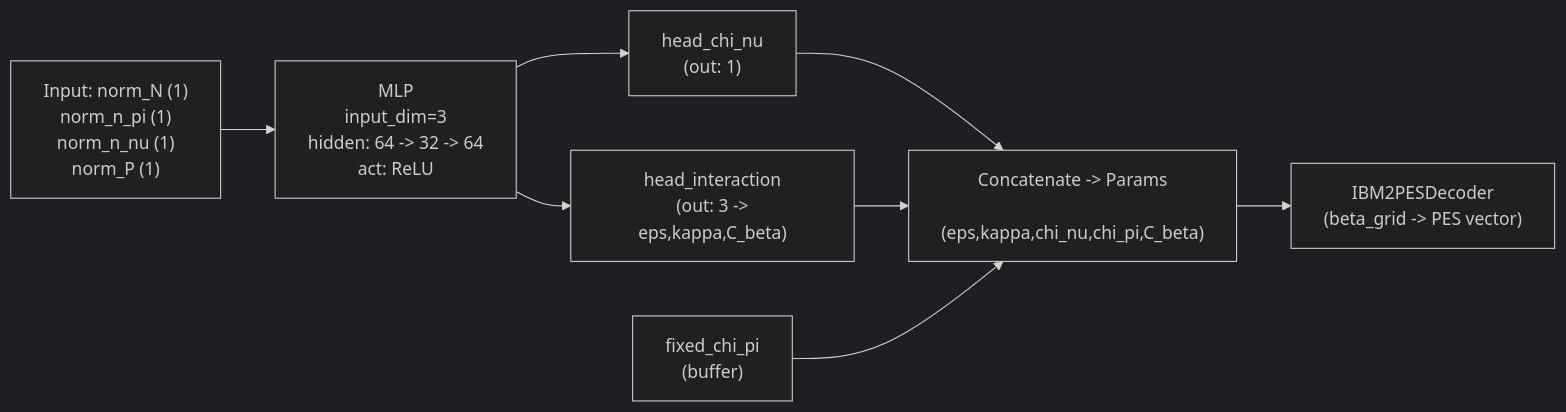
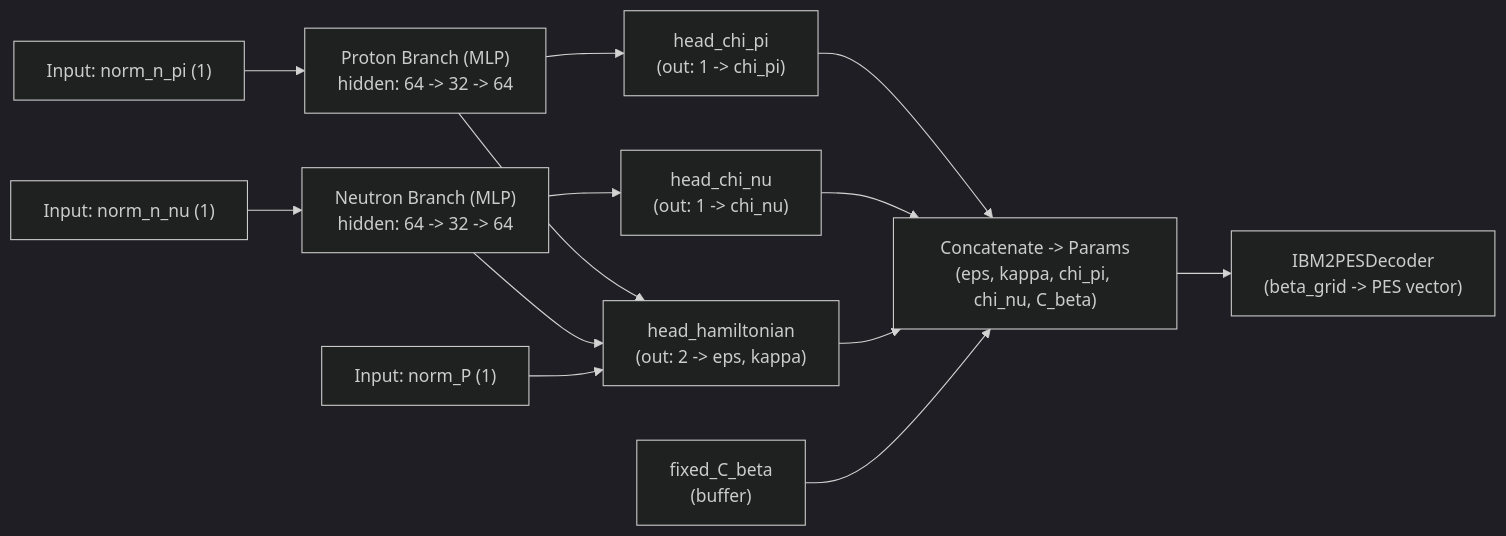
One commit to obata-nucl/MC_research_2 changed the diagram in README.md. Above: the diagram before and after it, drawn with Mermaid (dark theme). The commit also changed other lines of this file, not shown here.

Commit message:
fix: update README NN architecture diagram

````diff
--- a/README.md
+++ b/README.md
@@ -187,18 +190,35 @@
 ```mermaid
 flowchart LR
-    IN["Input: norm_N (1)\n norm_n_pi (1)\n norm_n_nu (1)\n norm_P (1)"]
-    MLP["MLP\n input_dim=3\n hidden: 64 -> 32 -> 64\n act: ReLU"]
-    H1["head_chi_nu\n (out: 1)"]
-    H2["head_interaction\n (out: 3 -> eps,kappa,C_beta)"]
-    FIX["fixed_chi_pi\n (buffer)"]
-    CONCAT["Concatenate -> Params\n (eps,kappa,chi_nu,chi_pi,C_beta)"]
-    DEC["IBM2PESDecoder\n (beta_grid -> PES vector)"]
+    IN_PI["Input: norm_n_pi (1)"]
+    IN_NU["Input: norm_n_nu (1)"]
+    IN_P["Input: norm_P (1)"]
+    
+    MLP_PI["Proton Branch (MLP)\nhidden: 64 -> 32 -> 64"]
+    MLP_NU["Neutron Branch (MLP)\nhidden: 64 -> 32 -> 64"]
+    
+    H_CHI_PI["head_chi_pi\n(out: 1 -> chi_pi)"]
+    H_CHI_NU["head_chi_nu\n(out: 1 -> chi_nu)"]
+    H_HAM["head_hamiltonian\n(out: 2 -> eps, kappa)"]
+    
+    FIX_C["fixed_C_beta\n(buffer)"]
+    
+    CONCAT["Concatenate -> Params\n(eps, kappa, chi_pi, chi_nu, C_beta)"]
+    DEC["IBM2PESDecoder\n(beta_grid -> PES vector)"]
 
-    IN --> MLP
-    MLP --> H1
-    MLP --> H2
-    H1 --> CONCAT
-    H2 --> CONCAT
-    FIX --> CONCAT
+    IN_PI --> MLP_PI
+    IN_NU --> MLP_NU
+    
+    MLP_PI --> H_CHI_PI
+    MLP_NU --> H_CHI_NU
+    
+    MLP_PI --> H_HAM
+    MLP_NU --> H_HAM
+    IN_P --> H_HAM
+    
+    H_CHI_PI --> CONCAT
+    H_CHI_NU --> CONCAT
+    H_HAM --> CONCAT
+    FIX_C --> CONCAT
+    
     CONCAT --> DEC
 ```
````
